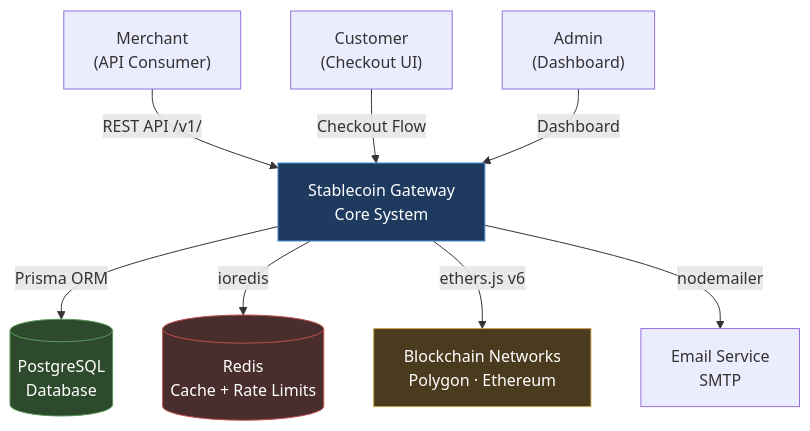
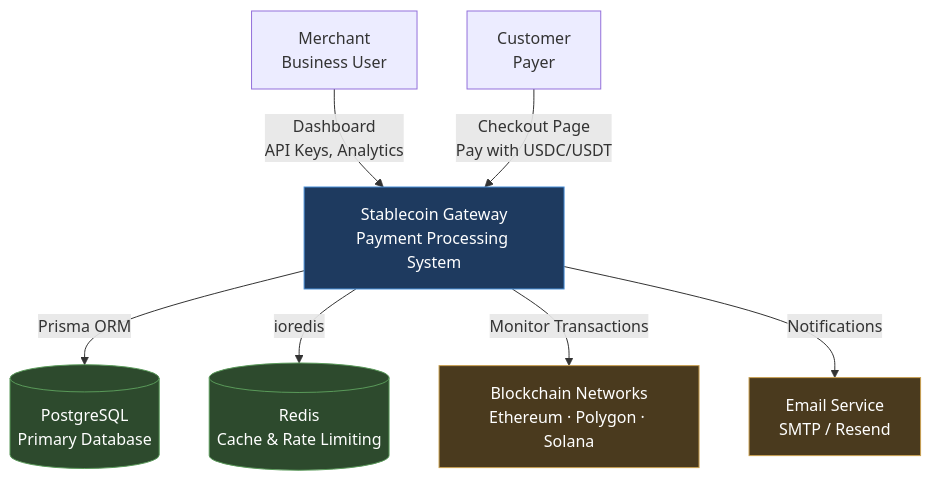
The fourth of 12 diagrams in products/stablecoin-gateway/docs/AUDIT-REPORT.md (Tamoura/Claude-Code-creates-the-SW-company), drawn with Mermaid before and after one commit. The commit also changed other lines of this file and 9 other files, not shown here.

First line of the commit message:
fix(stablecoin-gateway): phase0 audit remediation + quality reports

````diff
--- a/products/stablecoin-gateway/docs/AUDIT-REPORT.md
+++ b/products/stablecoin-gateway/docs/AUDIT-REPORT.md
@@ -159,24 +198,23 @@
 ```mermaid
 graph TD
-    MERCHANT["Merchant\n(API Consumer)"]
-    CUSTOMER["Customer\n(Checkout UI)"]
-    ADMIN["Admin\n(Dashboard)"]
-    GATEWAY["Stablecoin Gateway\nCore System"]
-    DB[("PostgreSQL\nDatabase")]
-    REDIS[("Redis\nCache + Rate Limits")]
-    BLOCKCHAIN["Blockchain Networks\nPolygon · Ethereum"]
-    EMAIL["Email Service\nSMTP"]
+    MERCHANT["Merchant<br/>Business User"]
+    CUSTOMER["Customer<br/>Payer"]
+    GATEWAY["Stablecoin Gateway<br/>Payment Processing System"]
+    DB[("PostgreSQL<br/>Primary Database")]
+    REDIS[("Redis<br/>Cache & Rate Limiting")]
+    BLOCKCHAIN["Blockchain Networks<br/>Ethereum · Polygon · Solana"]
+    EMAIL["Email Service<br/>SMTP / Resend"]
 
-    MERCHANT -->|"REST API /v1/"| GATEWAY
-    CUSTOMER -->|"Checkout Flow"| GATEWAY
-    ADMIN -->|"Dashboard"| GATEWAY
+    MERCHANT -->|"Dashboard<br/>API Keys, Analytics"| GATEWAY
+    CUSTOMER -->|"Checkout Page<br/>Pay with USDC/USDT"| GATEWAY
     GATEWAY -->|"Prisma ORM"| DB
     GATEWAY -->|"ioredis"| REDIS
-    GATEWAY -->|"ethers.js v6"| BLOCKCHAIN
-    GATEWAY -->|"nodemailer"| EMAIL
+    GATEWAY -->|"Monitor Transactions"| BLOCKCHAIN
+    GATEWAY -->|"Notifications"| EMAIL
 
     style GATEWAY fill:#1e3a5f,stroke:#4a90d9,color:#fff
     style DB fill:#2d4a2d,stroke:#5a9a5a,color:#fff
-    style REDIS fill:#4a2d2d,stroke:#c05050,color:#fff
+    style REDIS fill:#2d4a2d,stroke:#5a9a5a,color:#fff
     style BLOCKCHAIN fill:#4a3a1e,stroke:#c9a050,color:#fff
+    style EMAIL fill:#4a3a1e,stroke:#c9a050,color:#fff
 ```
````
